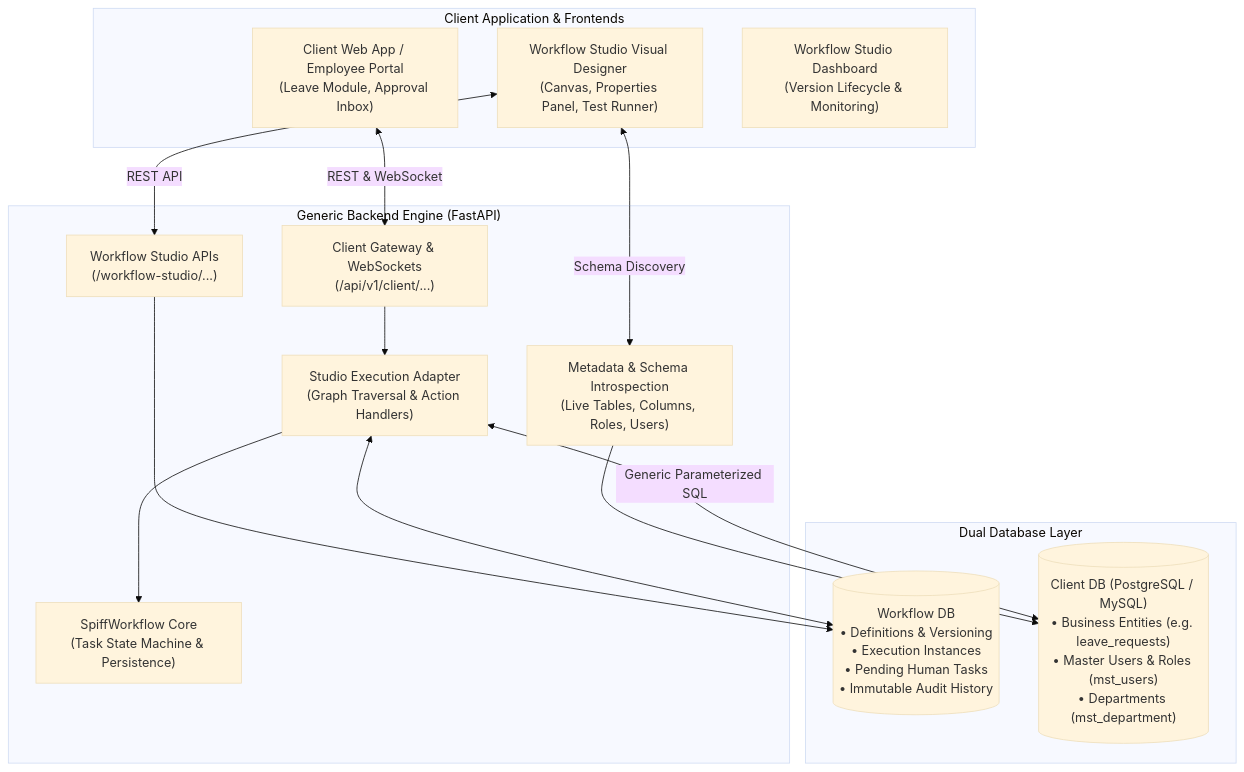
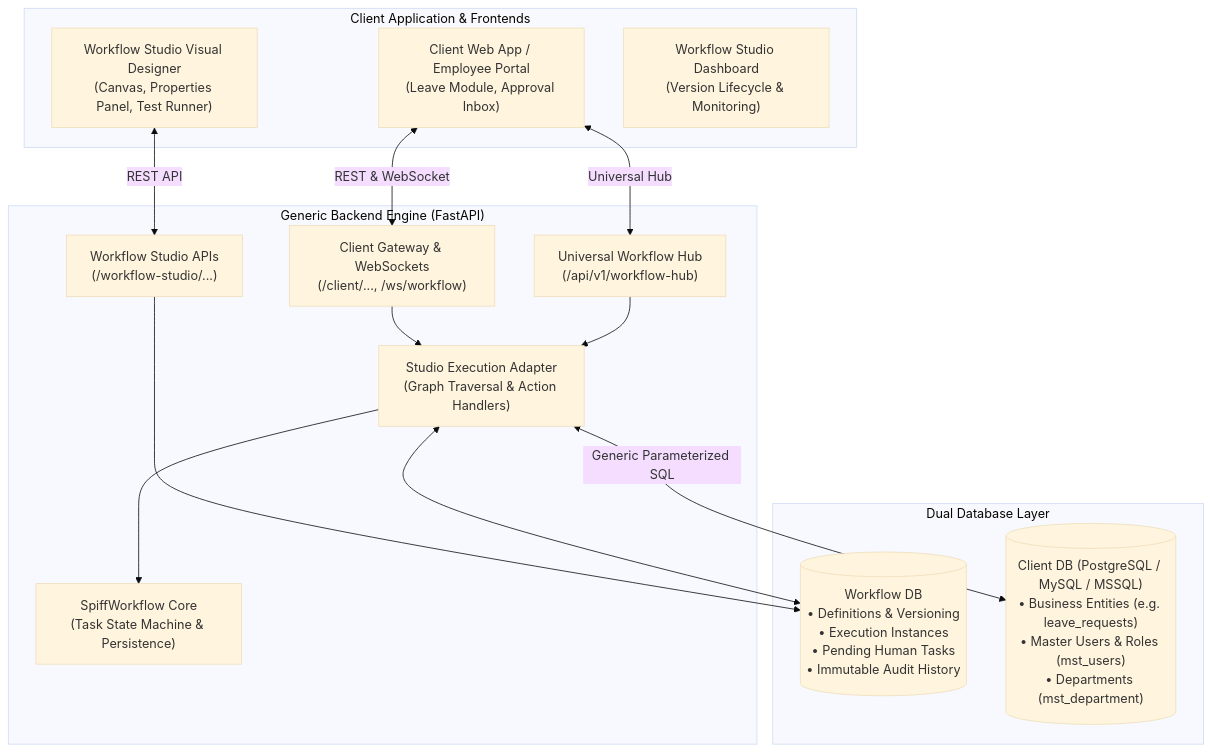
The diagram in README.md (jasminbabariya22-eng/WorkFlow-Automation), drawn with Mermaid (base theme) before and after one commit. The commit also changed other lines of this file and 39 other files, not shown here.

````diff
--- a/README.md
+++ b/README.md
@@ -25,31 +42,31 @@
 ```mermaid
 flowchart TD
     subgraph ClientLayer["Client Application & Frontends"]
         Client_App["Client Web App / Employee Portal\n(Leave Module, Approval Inbox)"]
         UI_Designer["Workflow Studio Visual Designer\n(Canvas, Properties Panel, Test Runner)"]
         UI_Dashboard["Workflow Studio Dashboard\n(Version Lifecycle & Monitoring)"]
     end
 
     subgraph BackendEngine["Generic Backend Engine (FastAPI)"]
-        API_Gateway["Client Gateway & WebSockets\n(/api/v1/client/...)"]
+        API_Gateway["Client Gateway & WebSockets\n(/client/..., /ws/workflow)"]
         API_Studio["Workflow Studio APIs\n(/workflow-studio/...)"]
-        API_Meta["Metadata & Schema Introspection\n(Live Tables, Columns, Roles, Users)"]
+        API_Hub["Universal Workflow Hub\n(/api/v1/workflow-hub)"]
         Engine_Adapter["Studio Execution Adapter\n(Graph Traversal & Action Handlers)"]
         Engine_Spiff["SpiffWorkflow Core\n(Task State Machine & Persistence)"]
     end
 
     subgraph Databases["Dual Database Layer"]
         DB_Workflow[("Workflow DB\n• Definitions & Versioning\n• Execution Instances\n• Pending Human Tasks\n• Immutable Audit History")]
-        DB_Client[("Client DB (PostgreSQL / MySQL)\n• Business Entities (e.g. leave_requests)\n• Master Users & Roles (mst_users)\n• Departments (mst_department)")]
+        DB_Client[("Client DB (PostgreSQL / MySQL / MSSQL)\n• Business Entities (e.g. leave_requests)\n• Master Users & Roles (mst_users)\n• Departments (mst_department)")]
     end
 
     Client_App <-->|REST & WebSocket| API_Gateway
+    Client_App <-->|Universal Hub| API_Hub
     UI_Designer <-->|REST API| API_Studio
-    UI_Designer <-->|Schema Discovery| API_Meta
     API_Gateway --> Engine_Adapter
+    API_Hub --> Engine_Adapter
     API_Studio --> DB_Workflow
-    API_Meta --> DB_Client
     Engine_Adapter --> Engine_Spiff
     Engine_Adapter <--> DB_Workflow
     Engine_Adapter <-->|Generic Parameterized SQL| DB_Client
 ```
````
